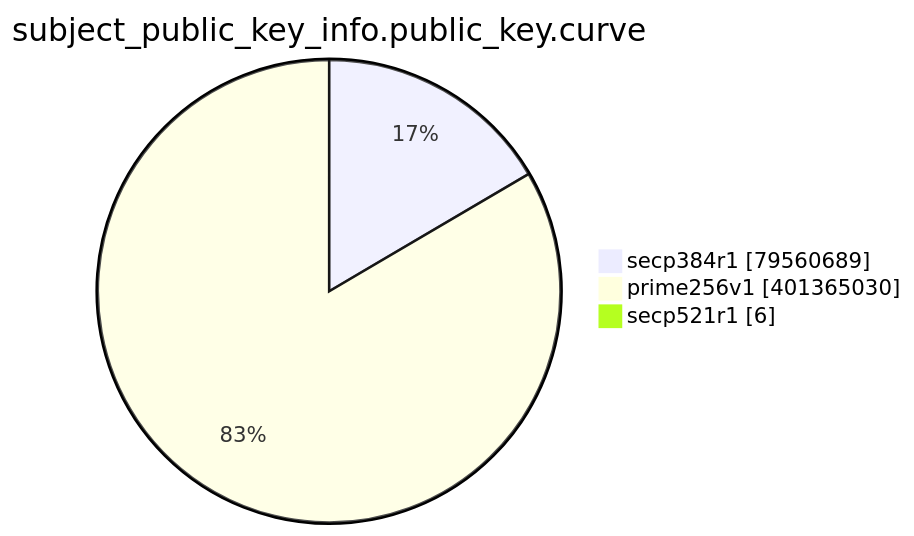
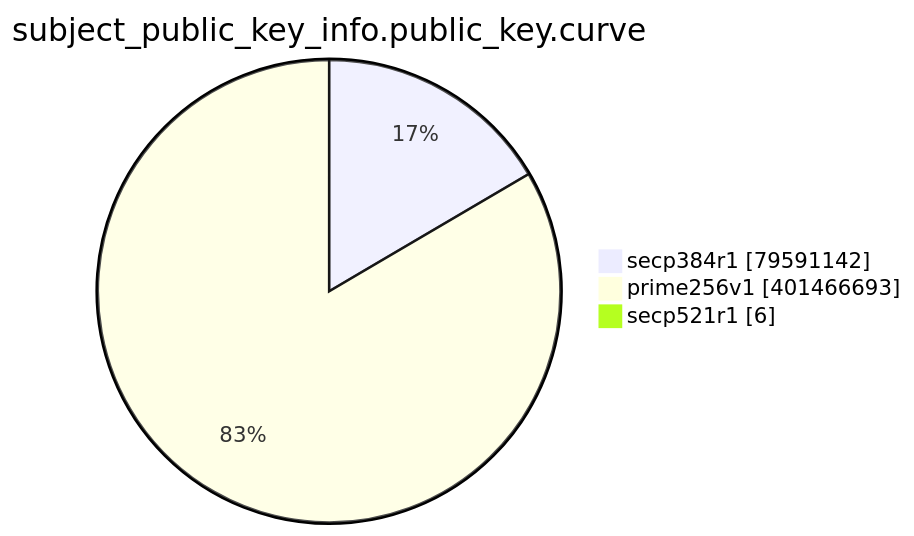
The eighth of 15 diagrams in TOTAL/README.md (christiankrug/ctmonitor_visualization), drawn with Mermaid before and after one commit. The commit also changed other lines of this file, not shown here.

````diff
--- a/TOTAL/README.md
+++ b/TOTAL/README.md
@@ -3095,7 +3095,7 @@
 ```mermaid
 pie showData
 title subject_public_key_info.public_key.curve
-"secp384r1" :79560689
-"prime256v1" :401365030
+"secp384r1" :79591142
+"prime256v1" :401466693
 "secp521r1" :6
 ```
````
